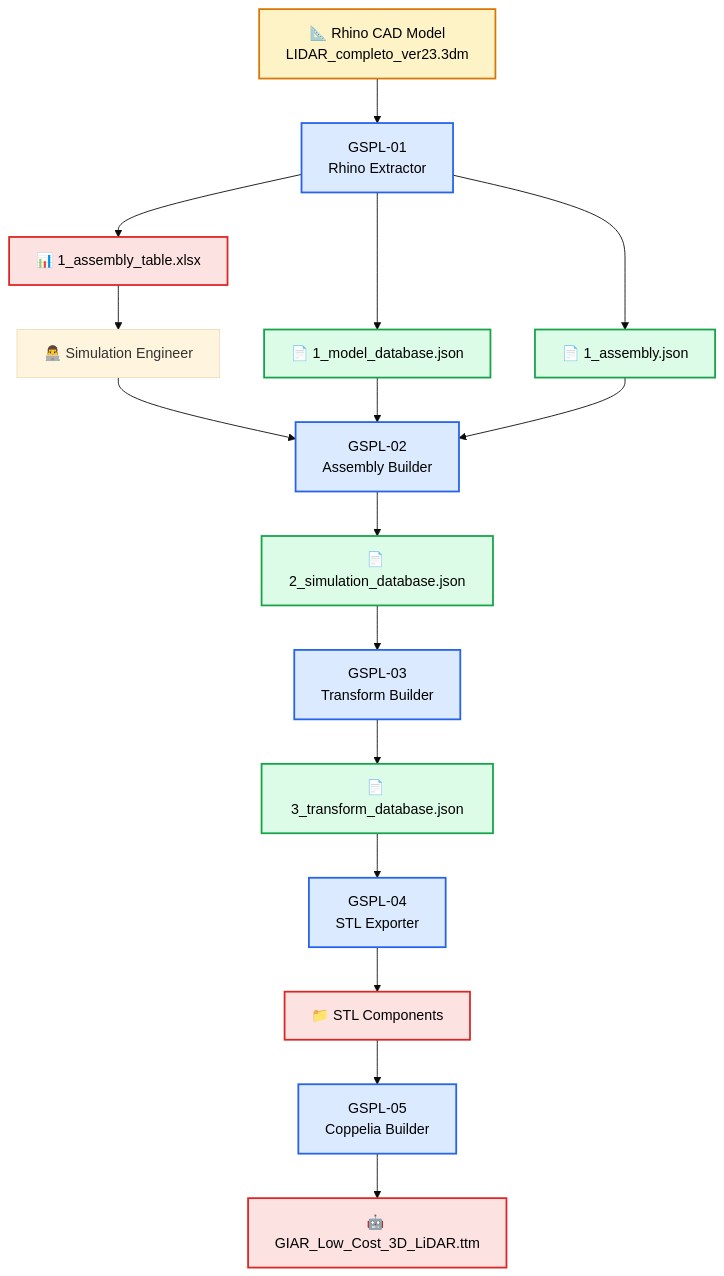
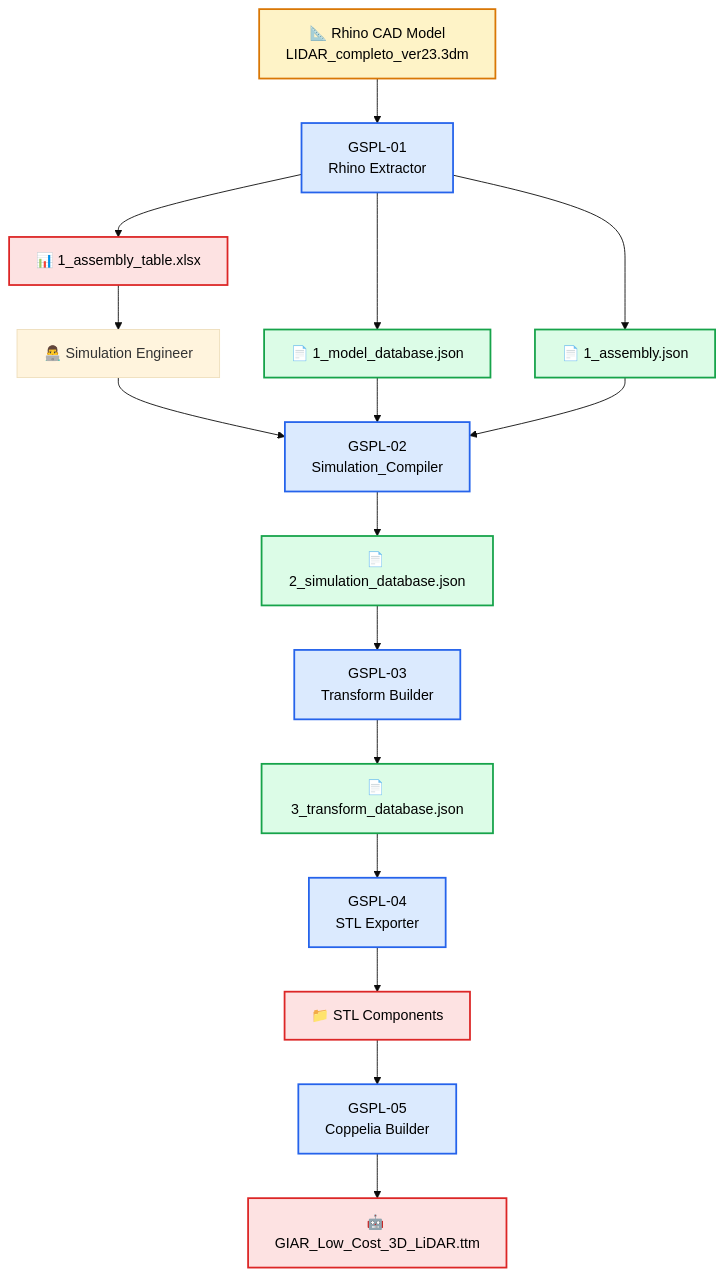
Before and after one commit to PabloFolino/GIAR-GIAR-Simulation-Pipeline-LiDAR: the diagram in README.md, drawn with Mermaid (base theme). The commit also changed other lines of this file and 3 other files, not shown here.

````diff
--- a/README.md
+++ b/README.md
@@ -59,70 +91,70 @@
 ```mermaid
 flowchart TB
 
     A["📐 Rhino CAD Model<br/>LIDAR_completo_ver23.3dm"]
 
     B["GSPL-01<br/>Rhino Extractor"]
 
     C["📄 1_model_database.json"]
 
     D["📄 1_assembly.json"]
 
     E["📊 1_assembly_table.xlsx"]
 
     F["👨‍💻 Simulation Engineer"]
 
-    G["GSPL-02<br/>Assembly Builder"]
+    G["GSPL-02<br/>Simulation_Compiler"]
 
     H["📄 2_simulation_database.json"]
 
     I["GSPL-03<br/>Transform Builder"]
 
     J["📄 3_transform_database.json"]
 
     K["GSPL-04<br/>STL Exporter"]
 
     L["📁 STL Components"]
 
     M["GSPL-05<br/>Coppelia Builder"]
 
     N["🤖 GIAR_Low_Cost_3D_LiDAR.ttm"]
 
     A --> B
 
     B --> C
     B --> D
     B --> E
 
     E --> F
     F --> G
 
     C --> G
     D --> G
 
     G --> H
 
     H --> I
 
     I --> J
 
     J --> K
 
     K --> L
 
     L --> M
 
     M --> N
 
     classDef program fill:#dbeafe,stroke:#2563eb,stroke-width:2px,color:#000;
     classDef database fill:#dcfce7,stroke:#16a34a,stroke-width:2px,color:#000;
     classDef cad fill:#fef3c7,stroke:#d97706,stroke-width:2px,color:#000;
     classDef output fill:#fde2e2,stroke:#dc2626,stroke-width:2px,color:#000;
 
     class A cad;
 
     class B,G,I,K,M program;
 
     class C,D,H,J database;
 
     class E,L,N output;
 ```
````
